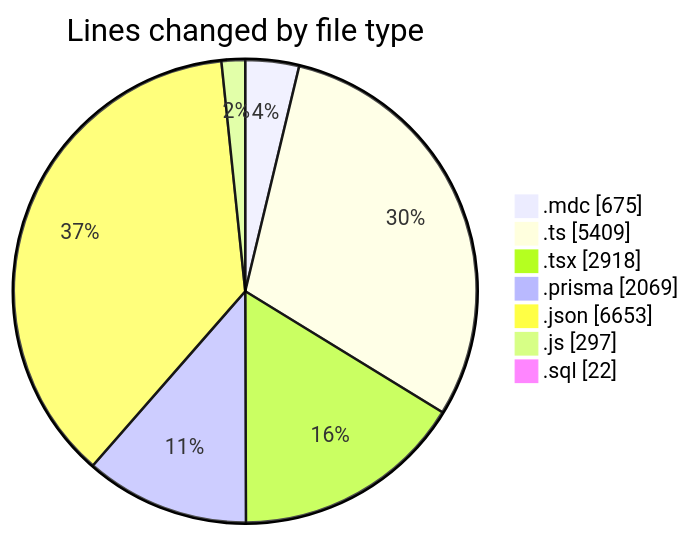
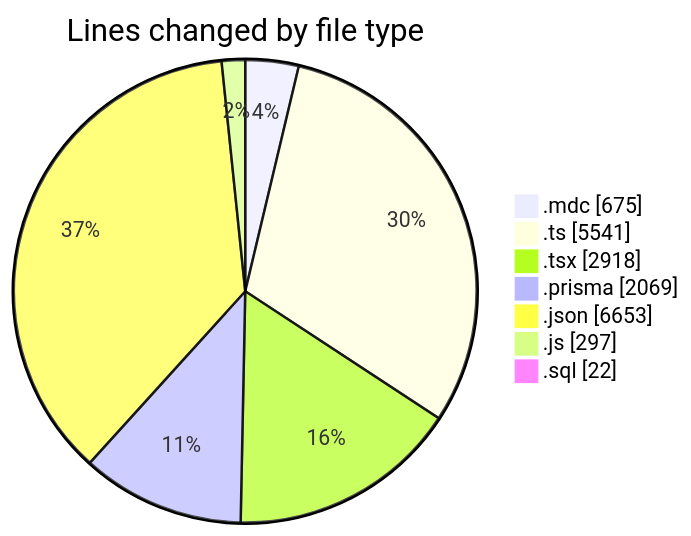
Before and after one commit to CELIANVF/code-tracking: the first of 2 diagrams in 2025-06-05/ecodeli-1/README.md, drawn with Mermaid. The commit also changed other lines of this file and 1 other file, not shown here.

````diff
--- a/2025-06-05/ecodeli-1/README.md
+++ b/2025-06-05/ecodeli-1/README.md
@@ -52,11 +53,11 @@
 ```mermaid
 pie showData
 title Lines changed by file type
 ".mdc" : 675
-".ts" : 5409
+".ts" : 5541
 ".tsx" : 2918
 ".prisma" : 2069
 ".json" : 6653
 ".js" : 297
 ".sql" : 22
 ```
````
